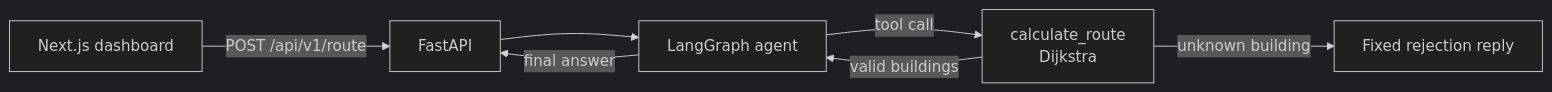
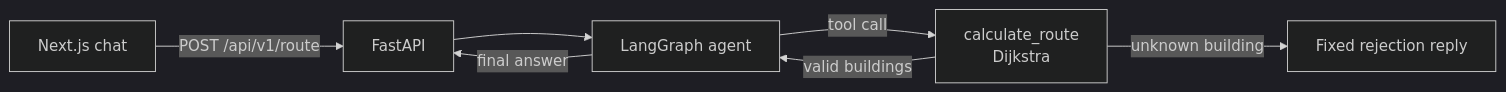
The diagram in README.md (reseekesh821/Path-Finder-Project), drawn with Mermaid (dark theme) before and after one commit. The commit also changed other lines of this file and 28 other files, not shown here.

````diff
--- a/README.md
+++ b/README.md
@@ -18,9 +20,9 @@
 ```mermaid
 graph LR
-    UI[Next.js dashboard] -->|POST /api/v1/route| API[FastAPI]
+    UI[Next.js chat] -->|POST /api/v1/route| API[FastAPI]
     API --> Agent[LangGraph agent]
     Agent -->|tool call| Tool[calculate_route<br/>Dijkstra]
     Tool -->|valid buildings| Agent
     Tool -->|unknown building| Reject[Fixed rejection reply]
     Agent -->|final answer| API
 ```
````
